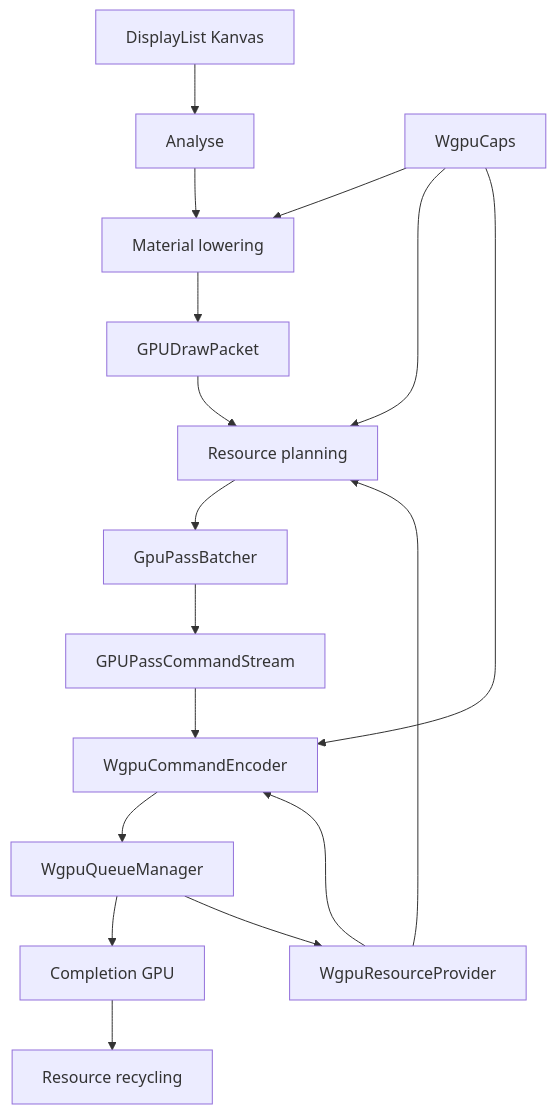
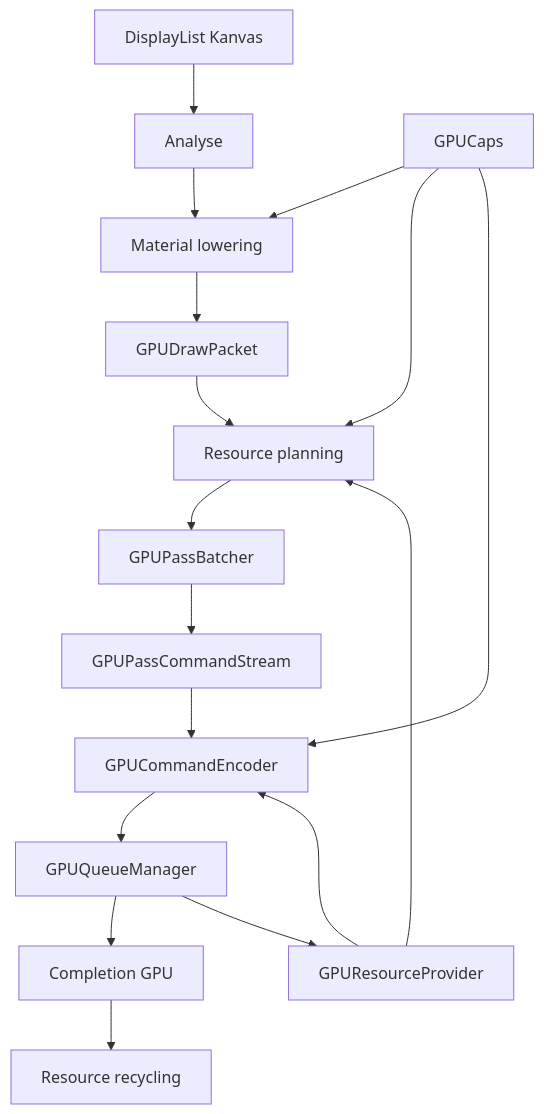
The second of 8 diagrams in refactor/06-diagrams.md (ygdrasil-io/kanvas), drawn with Mermaid before and after one commit. The commit also changed other lines of this file and 7 other files, not shown here.

````diff
--- a/refactor/06-diagrams.md
+++ b/refactor/06-diagrams.md
@@ -25,20 +25,20 @@
 ```mermaid
 flowchart TD
     A["DisplayList Kanvas"] --> B["Analyse"]
     B --> C["Material lowering"]
     C --> D["GPUDrawPacket"]
     D --> E["Resource planning"]
-    E --> F["GpuPassBatcher"]
+    E --> F["GPUPassBatcher"]
     F --> G["GPUPassCommandStream"]
-    G --> H["WgpuCommandEncoder"]
-    H --> I["WgpuQueueManager"]
+    G --> H["GPUCommandEncoder"]
+    H --> I["GPUQueueManager"]
     I --> J["Completion GPU"]
     J --> K["Resource recycling"]
 
-    L["WgpuCaps"] --> C
+    L["GPUCaps"] --> C
     L --> E
     L --> H
-    M["WgpuResourceProvider"] --> E
+    M["GPUResourceProvider"] --> E
     M --> H
     I --> M
 ```
````
